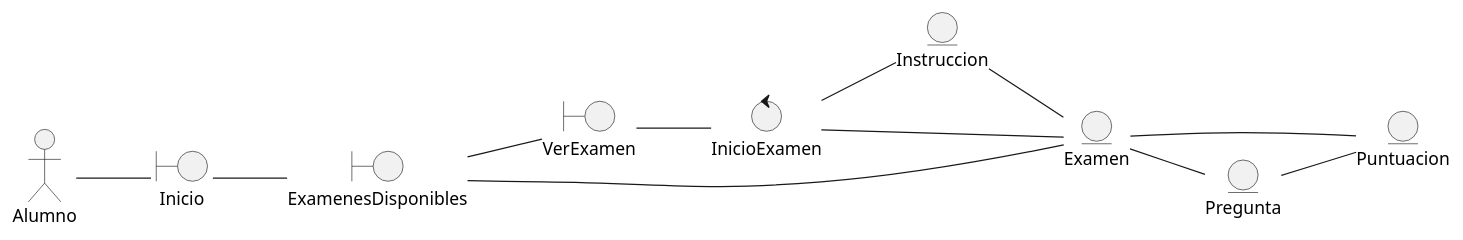
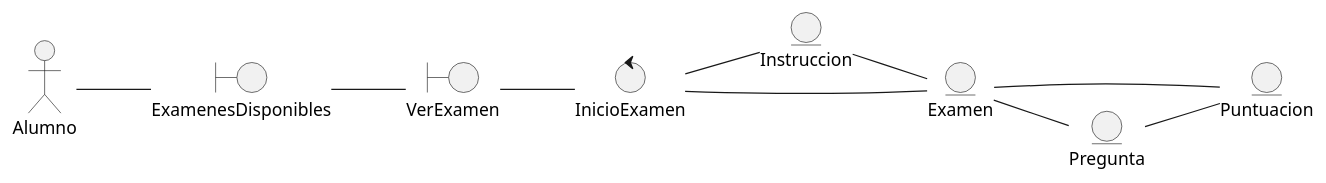
The diagram in docs/scenariosView/DiagramaClasesDeAnalisis.plantuml (Carverz/IS-022023_Proyecto-Grupo-4), drawn with PlantUML before and after one commit. The commit also changed 1 other file, not shown here.

Commit message:
Arreglo en diagrama de analisis de clases

```diff
--- a/docs/scenariosView/DiagramaClasesDeAnalisis.plantuml
+++ b/docs/scenariosView/DiagramaClasesDeAnalisis.plantuml
@@ -1,26 +1,24 @@
 @startuml
 left to right direction
 hide footbox
 hide link
 Actor Alumno
 boundary ExamenesDisponibles
-boundary Inicio
+
 boundary VerExamen
 entity Instruccion
 entity Examen
 entity Puntuacion
 entity Pregunta
 control InicioExamen
 
-Alumno -- Inicio
-Inicio -- ExamenesDisponibles
+Alumno  -- ExamenesDisponibles
 ExamenesDisponibles -- VerExamen
-ExamenesDisponibles -- Examen
 VerExamen -- InicioExamen
 InicioExamen -- Instruccion
 InicioExamen -- Examen
 Instruccion -- Examen
 Examen -- Pregunta
 Examen -- Puntuacion
 Pregunta -- Puntuacion
 @enduml
```
